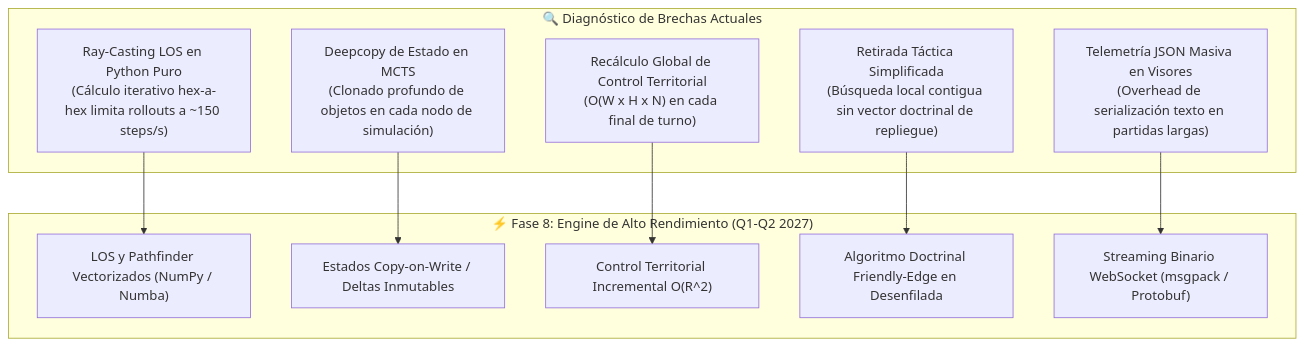
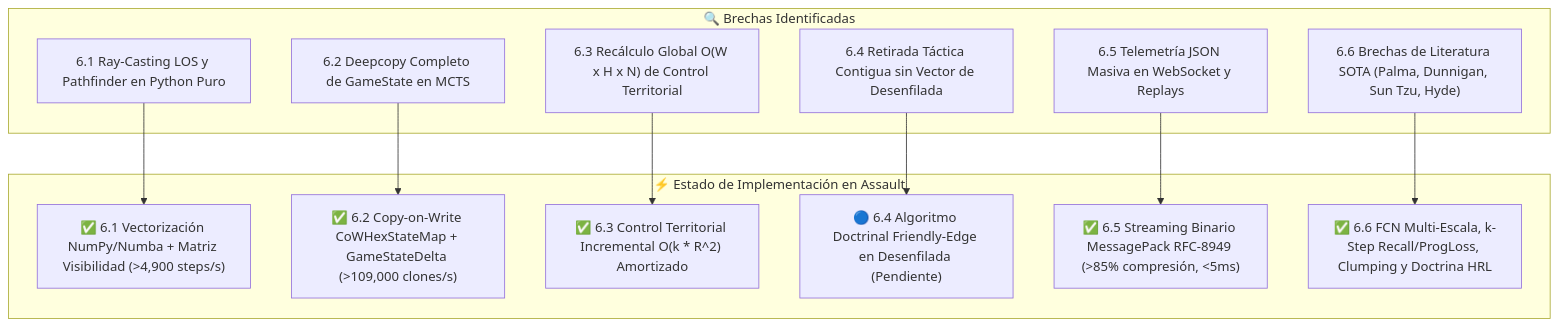
One commit to richardcc/assault-ai-pilot changed the first of 2 diagrams in docs/05_ROADMAP_EVOLUTIVO.md. Above: the diagram before and after it, drawn with Mermaid. The commit also changed other lines of this file and 5 other files, not shown here.

Commit message:
docs(roadmap): unify all roadmap sections into 05_ROADMAP_EVOLUTIVO.md as final doc item

````diff
--- a/docs/05_ROADMAP_EVOLUTIVO.md
+++ b/docs/05_ROADMAP_EVOLUTIVO.md
@@ -174,24 +97,27 @@
 ```mermaid
 flowchart TD
-    subgraph GAPS["🔍 Diagnóstico de Brechas Actuales"]
-        G1["Ray-Casting LOS en Python Puro\n(Cálculo iterativo hex-a-hex limita rollouts a ~150 steps/s)"]
-        G2["Deepcopy de Estado en MCTS\n(Clonado profundo de objetos en cada nodo de simulación)"]
-        G3["Recálculo Global de Control Territorial\n(O(W x H x N) en cada final de turno)"]
-        G4["Retirada Táctica Simplificada\n(Búsqueda local contigua sin vector doctrinal de repliegue)"]
-        G5["Telemetría JSON Masiva en Visores\n(Overhead de serialización texto en partidas largas)"]
+    subgraph GAPS["🔍 Brechas Identificadas"]
+        G1["6.1 Ray-Casting LOS y Pathfinder en Python Puro"]
+        G2["6.2 Deepcopy Completo de GameState en MCTS"]
+        G3["6.3 Recálculo Global O(W x H x N) de Control Territorial"]
+        G4["6.4 Retirada Táctica Contigua sin Vector de Desenfilada"]
+        G5["6.5 Telemetría JSON Masiva en WebSocket y Replays"]
+        G6["6.6 Brechas de Literatura SOTA (Palma, Dunnigan, Sun Tzu, Hyde)"]
     end
 
-    subgraph PHASE8["⚡ Fase 8: Engine de Alto Rendimiento (Q1-Q2 2027)"]
-        P1["LOS y Pathfinder Vectorizados (NumPy / Numba)"]
-        P2["Estados Copy-on-Write / Deltas Inmutables"]
-        P3["Control Territorial Incremental O(R^2)"]
-        P4["Algoritmo Doctrinal Friendly-Edge en Desenfilada"]
-        P5["Streaming Binario WebSocket (msgpack / Protobuf)"]
+    subgraph SOLUTIONS["⚡ Estado de Implementación en Assault"]
+        P1["✅ 6.1 Vectorización NumPy/Numba + Matriz Visibilidad (>4,900 steps/s)"]
+        P2["✅ 6.2 Copy-on-Write CoWHexStateMap + GameStateDelta (>109,000 clones/s)"]
+        P3["✅ 6.3 Control Territorial Incremental O(k * R^2) Amortizado"]
+        P4["🔵 6.4 Algoritmo Doctrinal Friendly-Edge en Desenfilada (Pendiente)"]
+        P5["✅ 6.5 Streaming Binario MessagePack RFC-8949 (>85% compresión, <5ms)"]
+        P6["✅ 6.6 FCN Multi-Escala, k-Step Recall/ProgLoss, Clumping y Doctrina HRL"]
     end
 
     G1 --> P1
     G2 --> P2
     G3 --> P3
     G4 --> P4
     G5 --> P5
+    G6 --> P6
 ```
````
